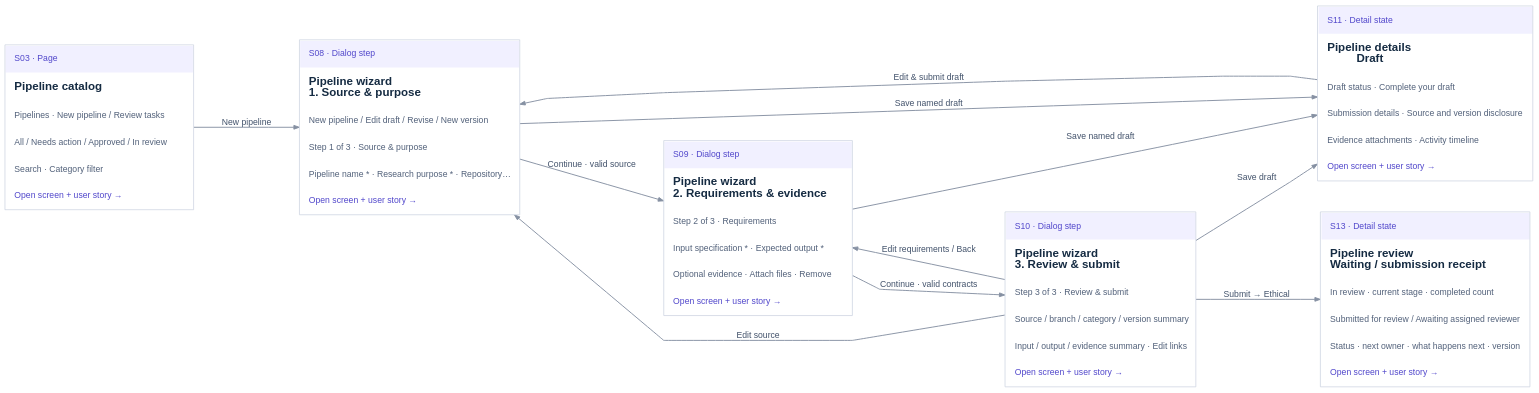
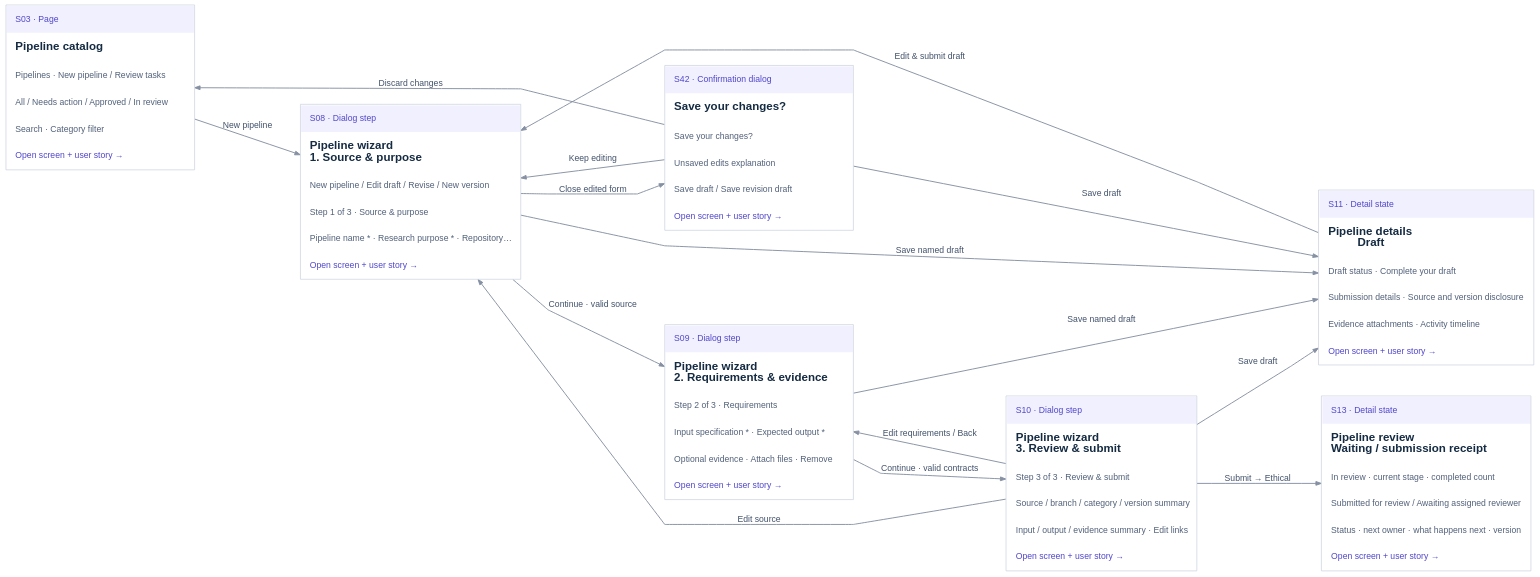
The diagram in public/mvp-flow-docs/flows/F03.dot (T-dotnet/Zero_trust), drawn with Graphviz before and after one commit. The commit also changed 26 other files, not shown here.

Commit message:
docs(mvp): link product roadmap to flows and customer journey

```diff
--- a/public/mvp-flow-docs/flows/F03.dot
+++ b/public/mvp-flow-docs/flows/F03.dot
@@ -1,21 +1,26 @@
 digraph flow {
 graph [rankdir=LR, bgcolor="transparent", pad="0.25", nodesep="0.6", ranksep="1.05", splines=polyline, outputorder=edgesfirst];
 node [shape=plain, fontname="Arial"];
 edge [color="#8590a2", fontcolor="#42526b", fontname="Arial", fontsize=12, arrowsize=0.75, penwidth=1.3];
 S03 [id="node-S03", href="#screen=S03&journey=F03", tooltip="Pipeline catalog", label=<<TABLE BORDER="1" COLOR="#cbd2df" CELLBORDER="0" CELLSPACING="0" CELLPADDING="12" BGCOLOR="white"><TR><TD ALIGN="LEFT" WIDTH="260" BGCOLOR="#f1f0ff"><FONT POINT-SIZE="12" COLOR="#5147cb">S03 · Page</FONT></TD></TR><TR><TD ALIGN="LEFT"><FONT POINT-SIZE="16" COLOR="#152b42"><B>Pipeline catalog</B></FONT></TD></TR><TR><TD ALIGN="LEFT"><FONT POINT-SIZE="12" COLOR="#52617a">Pipelines · New pipeline / Review tasks</FONT></TD></TR><TR><TD ALIGN="LEFT"><FONT POINT-SIZE="12" COLOR="#52617a">All / Needs action / Approved / In review</FONT></TD></TR><TR><TD ALIGN="LEFT"><FONT POINT-SIZE="12" COLOR="#52617a">Search · Category filter</FONT></TD></TR><TR><TD ALIGN="LEFT"><FONT POINT-SIZE="12" COLOR="#5147cb">Open screen + user story →</FONT></TD></TR></TABLE>>];
 S08 [id="node-S08", href="#screen=S08&journey=F03", tooltip="Pipeline wizard · 1. Source & purpose", label=<<TABLE BORDER="1" COLOR="#cbd2df" CELLBORDER="0" CELLSPACING="0" CELLPADDING="12" BGCOLOR="white"><TR><TD ALIGN="LEFT" WIDTH="260" BGCOLOR="#f1f0ff"><FONT POINT-SIZE="12" COLOR="#5147cb">S08 · Dialog step</FONT></TD></TR><TR><TD ALIGN="LEFT"><FONT POINT-SIZE="16" COLOR="#152b42"><B>Pipeline wizard<BR ALIGN="LEFT"/>1. Source &amp; purpose</B></FONT></TD></TR><TR><TD ALIGN="LEFT"><FONT POINT-SIZE="12" COLOR="#52617a">New pipeline / Edit draft / Revise / New version</FONT></TD></TR><TR><TD ALIGN="LEFT"><FONT POINT-SIZE="12" COLOR="#52617a">Step 1 of 3 · Source &amp; purpose</FONT></TD></TR><TR><TD ALIGN="LEFT"><FONT POINT-SIZE="12" COLOR="#52617a">Pipeline name * · Research purpose * · Repository…</FONT></TD></TR><TR><TD ALIGN="LEFT"><FONT POINT-SIZE="12" COLOR="#5147cb">Open screen + user story →</FONT></TD></TR></TABLE>>];
 S09 [id="node-S09", href="#screen=S09&journey=F03", tooltip="Pipeline wizard · 2. Requirements & evidence", label=<<TABLE BORDER="1" COLOR="#cbd2df" CELLBORDER="0" CELLSPACING="0" CELLPADDING="12" BGCOLOR="white"><TR><TD ALIGN="LEFT" WIDTH="260" BGCOLOR="#f1f0ff"><FONT POINT-SIZE="12" COLOR="#5147cb">S09 · Dialog step</FONT></TD></TR><TR><TD ALIGN="LEFT"><FONT POINT-SIZE="16" COLOR="#152b42"><B>Pipeline wizard<BR ALIGN="LEFT"/>2. Requirements &amp; evidence</B></FONT></TD></TR><TR><TD ALIGN="LEFT"><FONT POINT-SIZE="12" COLOR="#52617a">Step 2 of 3 · Requirements</FONT></TD></TR><TR><TD ALIGN="LEFT"><FONT POINT-SIZE="12" COLOR="#52617a">Input specification * · Expected output *</FONT></TD></TR><TR><TD ALIGN="LEFT"><FONT POINT-SIZE="12" COLOR="#52617a">Optional evidence · Attach files · Remove</FONT></TD></TR><TR><TD ALIGN="LEFT"><FONT POINT-SIZE="12" COLOR="#5147cb">Open screen + user story →</FONT></TD></TR></TABLE>>];
 S10 [id="node-S10", href="#screen=S10&journey=F03", tooltip="Pipeline wizard · 3. Review & submit", label=<<TABLE BORDER="1" COLOR="#cbd2df" CELLBORDER="0" CELLSPACING="0" CELLPADDING="12" BGCOLOR="white"><TR><TD ALIGN="LEFT" WIDTH="260" BGCOLOR="#f1f0ff"><FONT POINT-SIZE="12" COLOR="#5147cb">S10 · Dialog step</FONT></TD></TR><TR><TD ALIGN="LEFT"><FONT POINT-SIZE="16" COLOR="#152b42"><B>Pipeline wizard<BR ALIGN="LEFT"/>3. Review &amp; submit</B></FONT></TD></TR><TR><TD ALIGN="LEFT"><FONT POINT-SIZE="12" COLOR="#52617a">Step 3 of 3 · Review &amp; submit</FONT></TD></TR><TR><TD ALIGN="LEFT"><FONT POINT-SIZE="12" COLOR="#52617a">Source / branch / category / version summary</FONT></TD></TR><TR><TD ALIGN="LEFT"><FONT POINT-SIZE="12" COLOR="#52617a">Input / output / evidence summary · Edit links</FONT></TD></TR><TR><TD ALIGN="LEFT"><FONT POINT-SIZE="12" COLOR="#5147cb">Open screen + user story →</FONT></TD></TR></TABLE>>];
 S11 [id="node-S11", href="#screen=S11&journey=F03", tooltip="Pipeline details · Draft", label=<<TABLE BORDER="1" COLOR="#cbd2df" CELLBORDER="0" CELLSPACING="0" CELLPADDING="12" BGCOLOR="white"><TR><TD ALIGN="LEFT" WIDTH="260" BGCOLOR="#f1f0ff"><FONT POINT-SIZE="12" COLOR="#5147cb">S11 · Detail state</FONT></TD></TR><TR><TD ALIGN="LEFT"><FONT POINT-SIZE="16" COLOR="#152b42"><B>Pipeline details<BR ALIGN="LEFT"/>Draft</B></FONT></TD></TR><TR><TD ALIGN="LEFT"><FONT POINT-SIZE="12" COLOR="#52617a">Draft status · Complete your draft</FONT></TD></TR><TR><TD ALIGN="LEFT"><FONT POINT-SIZE="12" COLOR="#52617a">Submission details · Source and version disclosure</FONT></TD></TR><TR><TD ALIGN="LEFT"><FONT POINT-SIZE="12" COLOR="#52617a">Evidence attachments · Activity timeline</FONT></TD></TR><TR><TD ALIGN="LEFT"><FONT POINT-SIZE="12" COLOR="#5147cb">Open screen + user story →</FONT></TD></TR></TABLE>>];
 S13 [id="node-S13", href="#screen=S13&journey=F03", tooltip="Pipeline review · Waiting / submission receipt", label=<<TABLE BORDER="1" COLOR="#cbd2df" CELLBORDER="0" CELLSPACING="0" CELLPADDING="12" BGCOLOR="white"><TR><TD ALIGN="LEFT" WIDTH="260" BGCOLOR="#f1f0ff"><FONT POINT-SIZE="12" COLOR="#5147cb">S13 · Detail state</FONT></TD></TR><TR><TD ALIGN="LEFT"><FONT POINT-SIZE="16" COLOR="#152b42"><B>Pipeline review<BR ALIGN="LEFT"/>Waiting / submission receipt</B></FONT></TD></TR><TR><TD ALIGN="LEFT"><FONT POINT-SIZE="12" COLOR="#52617a">In review · current stage · completed count</FONT></TD></TR><TR><TD ALIGN="LEFT"><FONT POINT-SIZE="12" COLOR="#52617a">Submitted for review / Awaiting assigned reviewer</FONT></TD></TR><TR><TD ALIGN="LEFT"><FONT POINT-SIZE="12" COLOR="#52617a">Status · next owner · what happens next · version</FONT></TD></TR><TR><TD ALIGN="LEFT"><FONT POINT-SIZE="12" COLOR="#5147cb">Open screen + user story →</FONT></TD></TR></TABLE>>];
+S42 [id="node-S42", href="#screen=S42&journey=F03", tooltip="Save your changes?", label=<<TABLE BORDER="1" COLOR="#cbd2df" CELLBORDER="0" CELLSPACING="0" CELLPADDING="12" BGCOLOR="white"><TR><TD ALIGN="LEFT" WIDTH="260" BGCOLOR="#f1f0ff"><FONT POINT-SIZE="12" COLOR="#5147cb">S42 · Confirmation dialog</FONT></TD></TR><TR><TD ALIGN="LEFT"><FONT POINT-SIZE="16" COLOR="#152b42"><B>Save your changes?</B></FONT></TD></TR><TR><TD ALIGN="LEFT"><FONT POINT-SIZE="12" COLOR="#52617a">Save your changes?</FONT></TD></TR><TR><TD ALIGN="LEFT"><FONT POINT-SIZE="12" COLOR="#52617a">Unsaved edits explanation</FONT></TD></TR><TR><TD ALIGN="LEFT"><FONT POINT-SIZE="12" COLOR="#52617a">Save draft / Save revision draft</FONT></TD></TR><TR><TD ALIGN="LEFT"><FONT POINT-SIZE="12" COLOR="#5147cb">Open screen + user story →</FONT></TD></TR></TABLE>>];
 S03 -> S08 [label="New pipeline", tooltip="New pipeline"];
 S08 -> S09 [label="Continue · valid source", tooltip="Continue · valid source"];
 S09 -> S10 [label="Continue · valid contracts", tooltip="Continue · valid contracts"];
 S10 -> S08 [label="Edit source", tooltip="Edit source"];
 S10 -> S09 [label="Edit requirements / Back", tooltip="Edit requirements / Back"];
 S08 -> S11 [label="Save named draft", tooltip="Save named draft"];
 S09 -> S11 [label="Save named draft", tooltip="Save named draft"];
 S10 -> S11 [label="Save draft", tooltip="Save draft"];
 S11 -> S08 [label="Edit & submit draft", tooltip="Edit & submit draft"];
 S10 -> S13 [label="Submit → Ethical", tooltip="Submit → Ethical"];
+S08 -> S42 [label="Close edited form", tooltip="Close edited form"];
+S42 -> S08 [label="Keep editing", tooltip="Keep editing"];
+S42 -> S11 [label="Save draft", tooltip="Save draft"];
+S42 -> S03 [label="Discard changes", tooltip="Discard changes"];
 }
```
